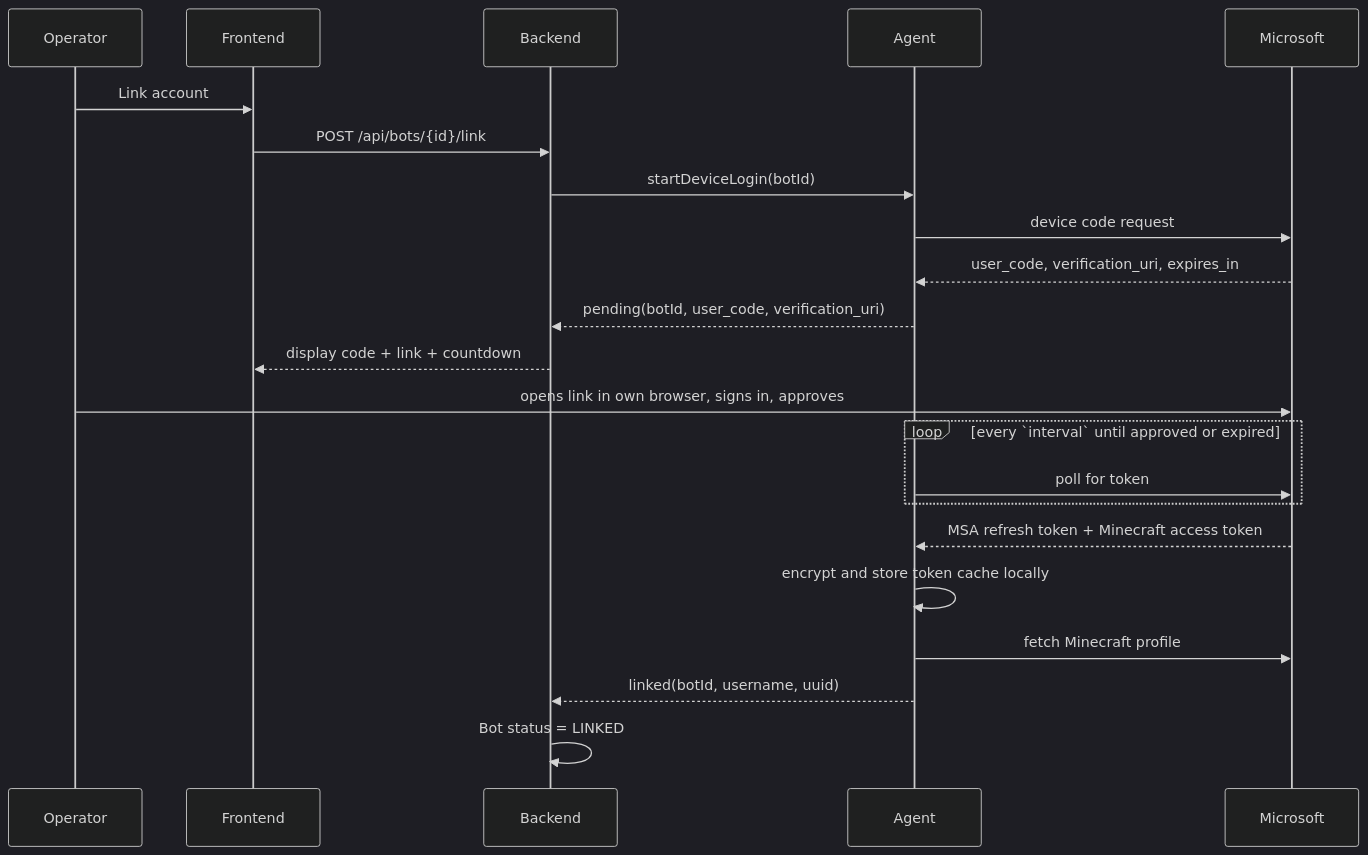
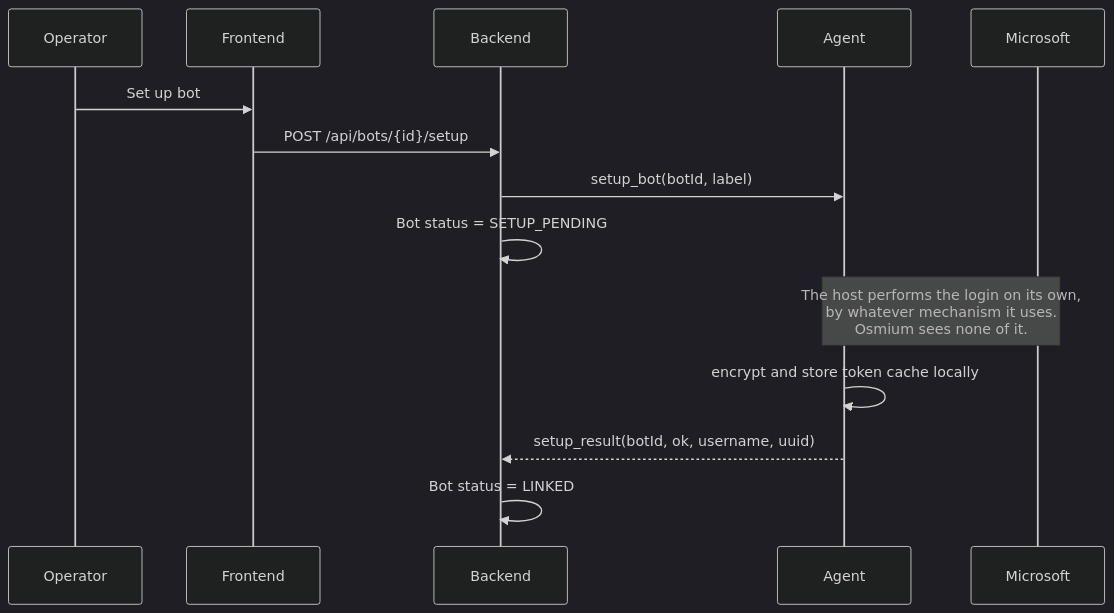
Before and after one commit to integr-dev/osmium: the first of 3 diagrams in BOT_CONNECTIVITY.md, drawn with Mermaid (dark theme). The commit also changed other lines of this file, not shown here.

First line of the commit message:
docs: move authentication entirely onto the agent host

````diff
--- a/BOT_CONNECTIVITY.md
+++ b/BOT_CONNECTIVITY.md
@@ -89,25 +104,17 @@
 ```mermaid
 sequenceDiagram
     participant O as Operator
     participant F as Frontend
     participant B as Backend
     participant A as Agent
     participant M as Microsoft
 
-    O->>F: Link account
-    F->>B: POST /api/bots/{id}/link
-    B->>A: startDeviceLogin(botId)
-    A->>M: device code request
-    M-->>A: user_code, verification_uri, expires_in
-    A-->>B: pending(botId, user_code, verification_uri)
-    B-->>F: display code + link + countdown
-    O->>M: opens link in own browser, signs in, approves
-    loop every `interval` until approved or expired
-        A->>M: poll for token
-    end
-    M-->>A: MSA refresh token + Minecraft access token
+    O->>F: Set up bot
+    F->>B: POST /api/bots/{id}/setup
+    B->>A: setup_bot(botId, label)
+    B->>B: Bot status = SETUP_PENDING
+    Note over A,M: The host performs the login on its own,<br/>by whatever mechanism it uses.<br/>Osmium sees none of it.
     A->>A: encrypt and store token cache locally
-    A->>M: fetch Minecraft profile
-    A-->>B: linked(botId, username, uuid)
+    A-->>B: setup_result(botId, ok, username, uuid)
     B->>B: Bot status = LINKED
 ```
````
